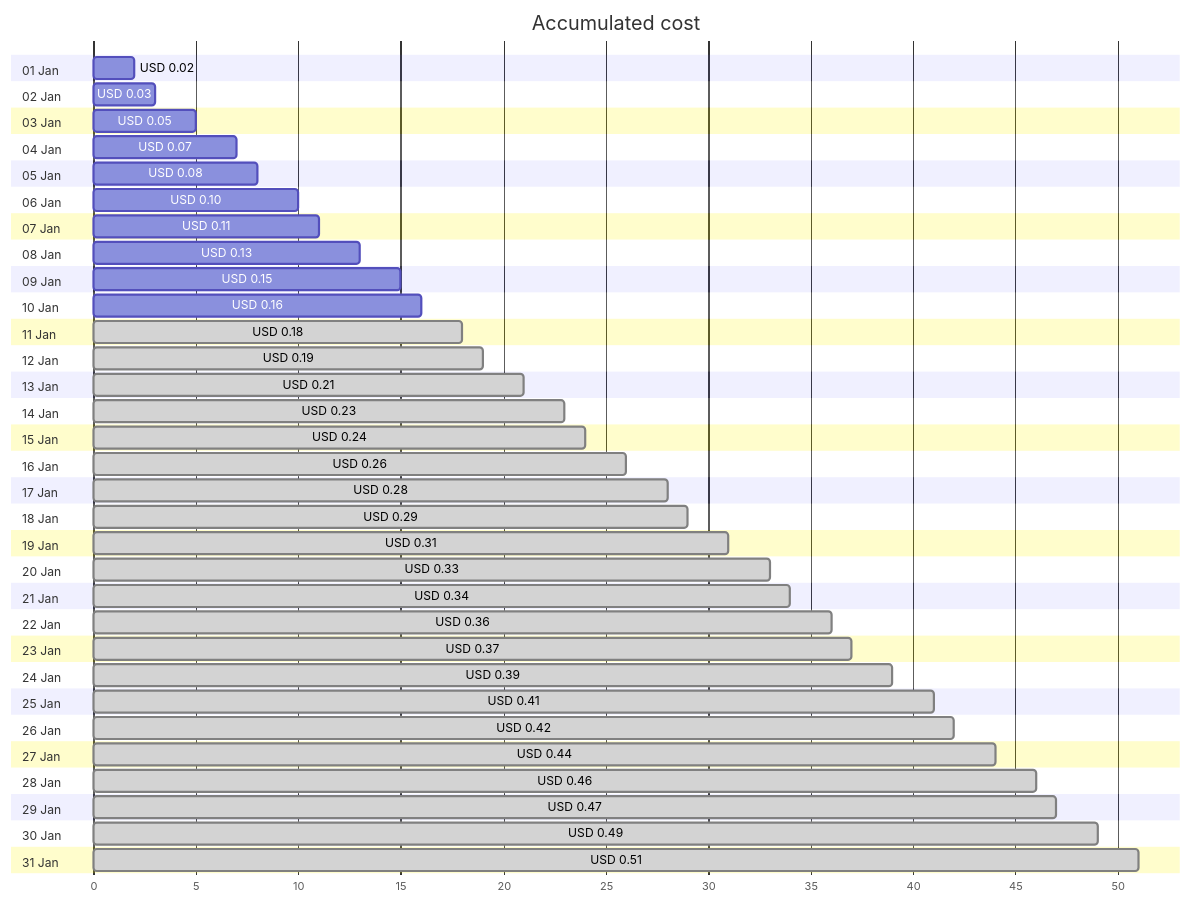
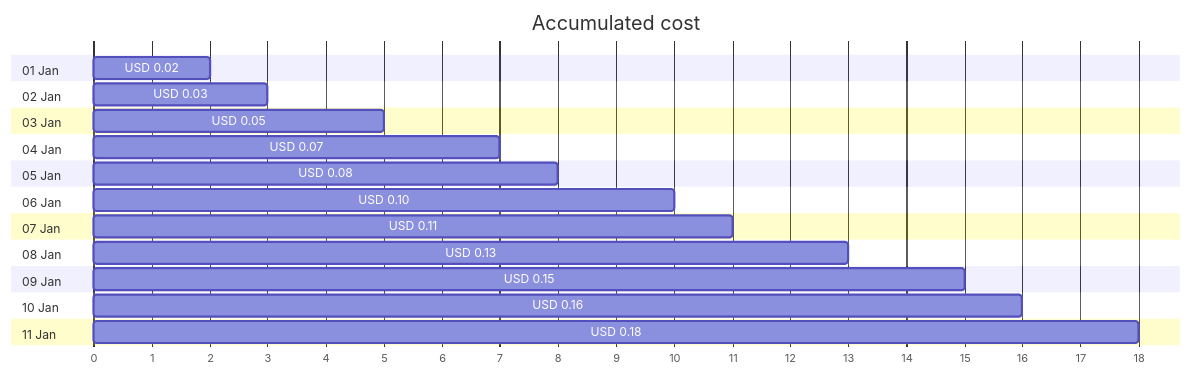
One commit to jpfulton/azure-personal-reports changed the first of 4 diagrams in cost-reports/personal-dns/jpatrickfulton.com.md. Above: the diagram before and after it, drawn with Mermaid. The commit also changed other lines of this file and 2 other files, not shown here.

Commit message:
Generated reports [skip ci]

````diff
--- a/cost-reports/personal-dns/jpatrickfulton.com.md
+++ b/cost-reports/personal-dns/jpatrickfulton.com.md
@@ -20,68 +20,28 @@
 ```mermaid
 gantt
    title Accumulated cost
    dateFormat  X
    axisFormat %s
    section 01 Jan
    USD 0.02 :0, 2
    section 02 Jan
    USD 0.03 :0, 3
    section 03 Jan
    USD 0.05 :0, 5
    section 04 Jan
    USD 0.07 :0, 7
    section 05 Jan
    USD 0.08 :0, 8
    section 06 Jan
    USD 0.10 :0, 10
    section 07 Jan
    USD 0.11 :0, 11
    section 08 Jan
    USD 0.13 :0, 13
    section 09 Jan
    USD 0.15 :0, 15
    section 10 Jan
    USD 0.16 :0, 16
    section 11 Jan
-   USD 0.18 : done, 0, 18
-   section 12 Jan
-   USD 0.19 : done, 0, 19
-   section 13 Jan
-   USD 0.21 : done, 0, 21
-   section 14 Jan
-   USD 0.23 : done, 0, 23
-   section 15 Jan
-   USD 0.24 : done, 0, 24
-   section 16 Jan
-   USD 0.26 : done, 0, 26
-   section 17 Jan
-   USD 0.28 : done, 0, 28
-   section 18 Jan
-   USD 0.29 : done, 0, 29
-   section 19 Jan
-   USD 0.31 : done, 0, 31
-   section 20 Jan
-   USD 0.33 : done, 0, 33
-   section 21 Jan
-   USD 0.34 : done, 0, 34
-   section 22 Jan
-   USD 0.36 : done, 0, 36
-   section 23 Jan
-   USD 0.37 : done, 0, 37
-   section 24 Jan
-   USD 0.39 : done, 0, 39
-   section 25 Jan
-   USD 0.41 : done, 0, 41
-   section 26 Jan
-   USD 0.42 : done, 0, 42
-   section 27 Jan
-   USD 0.44 : done, 0, 44
-   section 28 Jan
-   USD 0.46 : done, 0, 46
-   section 29 Jan
-   USD 0.47 : done, 0, 47
-   section 30 Jan
-   USD 0.49 : done, 0, 49
-   section 31 Jan
-   USD 0.51 : done, 0, 51
+   USD 0.18 :0, 18
 ```
````
